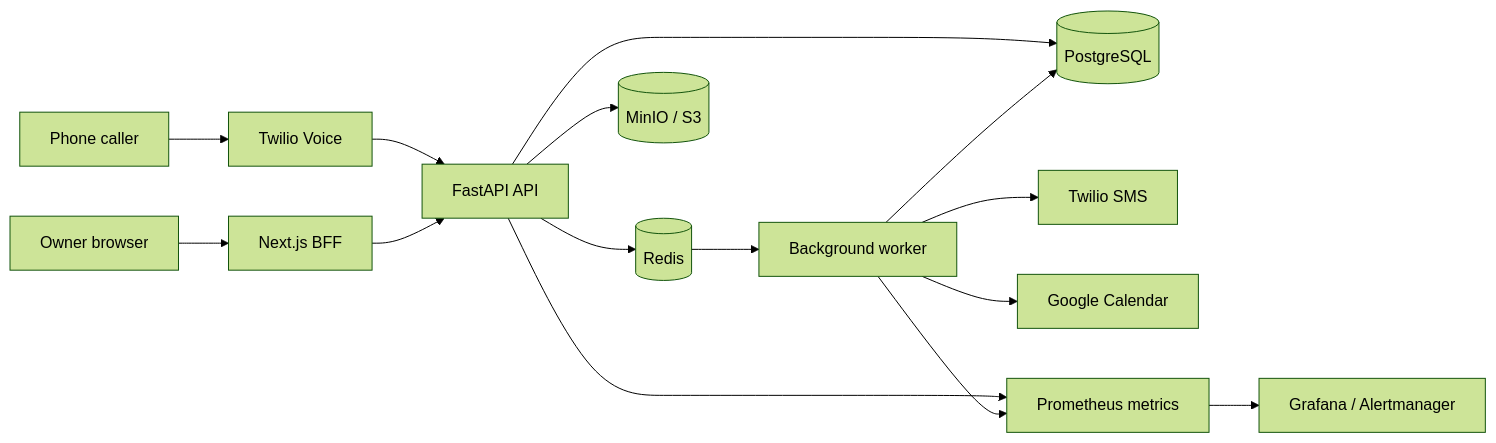
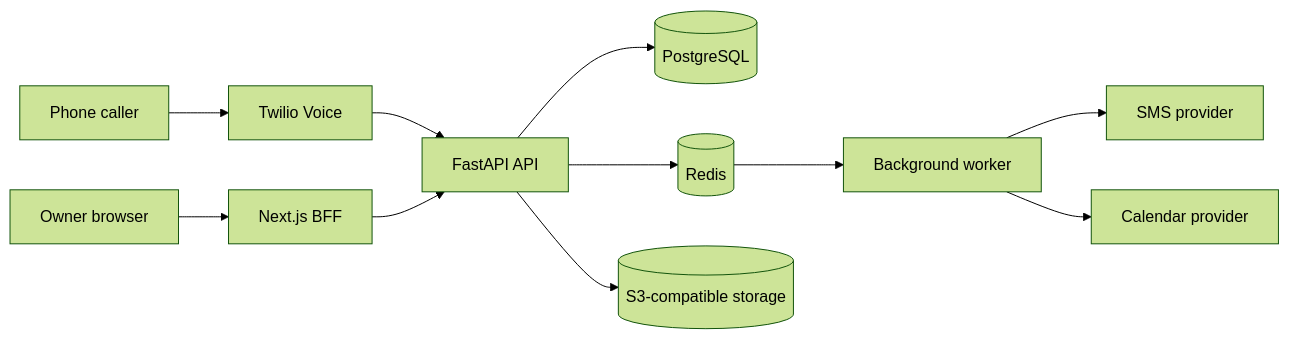
The diagram in README.md (tomekmisiun/appointment-voice-saas), drawn with Mermaid (forest theme) before and after one commit. The commit also changed other lines of this file and 149 other files, not shown here.

````diff
--- a/README.md
+++ b/README.md
@@ -186,21 +56,13 @@
 ```mermaid
 flowchart LR
     Caller[Phone caller] --> Twilio[Twilio Voice]
     Twilio --> API[FastAPI API]
-
     Browser[Owner browser] --> Next[Next.js BFF]
     Next --> API
-
     API --> Postgres[(PostgreSQL)]
     API --> Redis[(Redis)]
-    API --> Storage[(MinIO / S3)]
-
+    API --> Storage[(S3-compatible storage)]
     Redis --> Worker[Background worker]
-    Worker --> SMS[Twilio SMS]
-    Worker --> Calendar[Google Calendar]
-    Worker --> Postgres
-
-    API --> Metrics[Prometheus metrics]
-    Worker --> Metrics
-    Metrics --> Observability[Grafana / Alertmanager]
+    Worker --> SMS[SMS provider]
+    Worker --> Calendar[Calendar provider]
 ```
````
